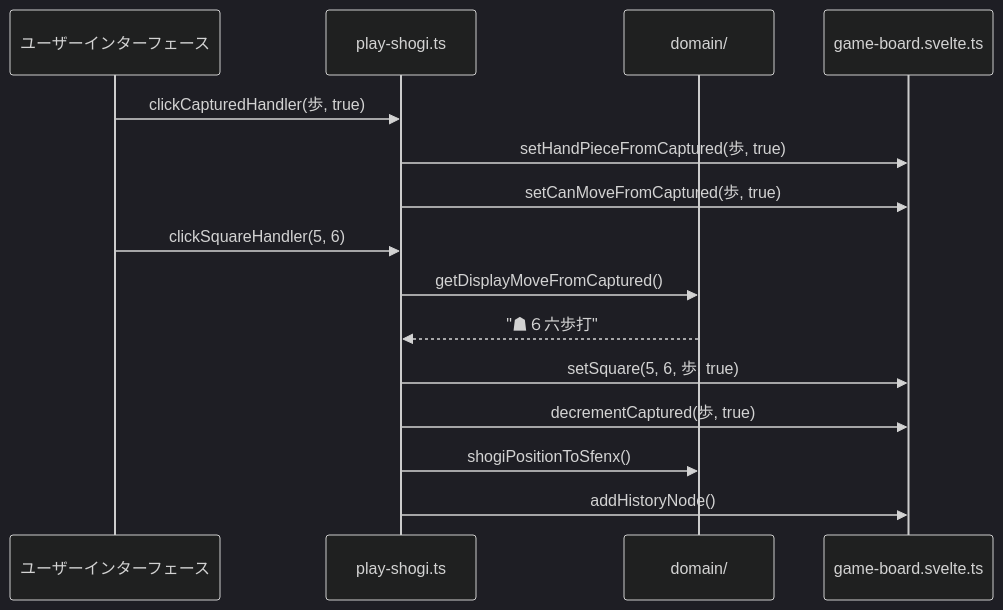
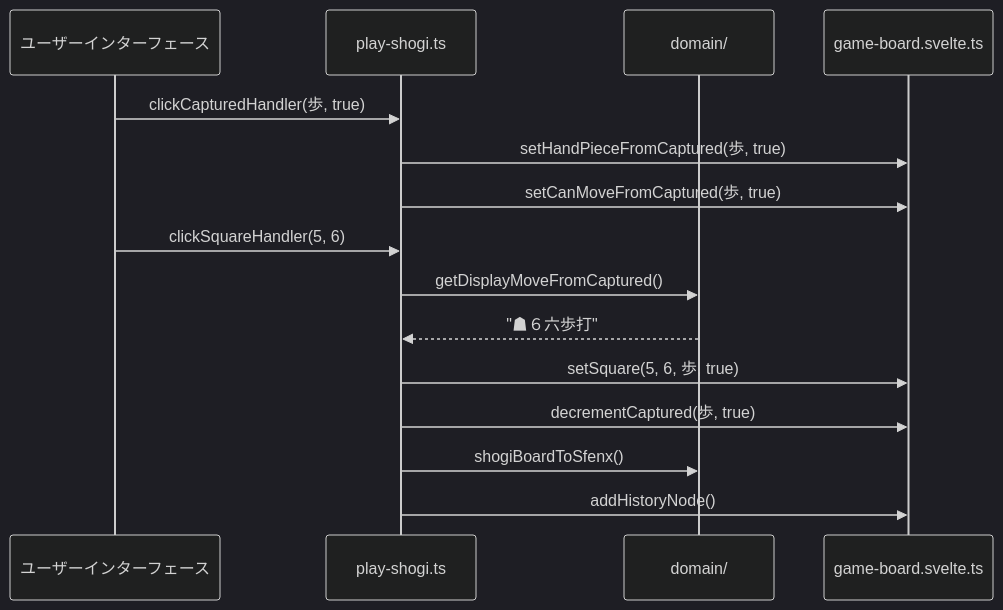
One commit to hashiryo/SvelteShogi changed the seventh of 7 diagrams in .qoder/repowiki/ja/content/Core Concepts/Core Concepts.md. Above: the diagram before and after it, drawn with Mermaid (dark theme). The commit also changed other lines of this file and 17 other files, not shown here.

````diff
--- a/.qoder/repowiki/ja/content/Core Concepts/Core Concepts.md
+++ b/.qoder/repowiki/ja/content/Core Concepts/Core Concepts.md
@@ -271,17 +312,17 @@
 ```mermaid
 sequenceDiagram
 participant UI as ユーザーインターフェース
 participant Handler as play-shogi.ts
 participant Domain as domain/
 participant Store as game-board.svelte.ts
 UI->>Handler : clickCapturedHandler(歩, true)
 Handler->>Store : setHandPieceFromCaptured(歩, true)
 Handler->>Store : setCanMoveFromCaptured(歩, true)
 UI->>Handler : clickSquareHandler(5, 6)
 Handler->>Domain : getDisplayMoveFromCaptured()
 Domain-->>Handler : "☗６六歩打"
 Handler->>Store : setSquare(5, 6, 歩, true)
 Handler->>Store : decrementCaptured(歩, true)
-Handler->>Domain : shogiPositionToSfenx()
+Handler->>Domain : shogiBoardToSfenx()
 Handler->>Store : addHistoryNode()
 ```
````
